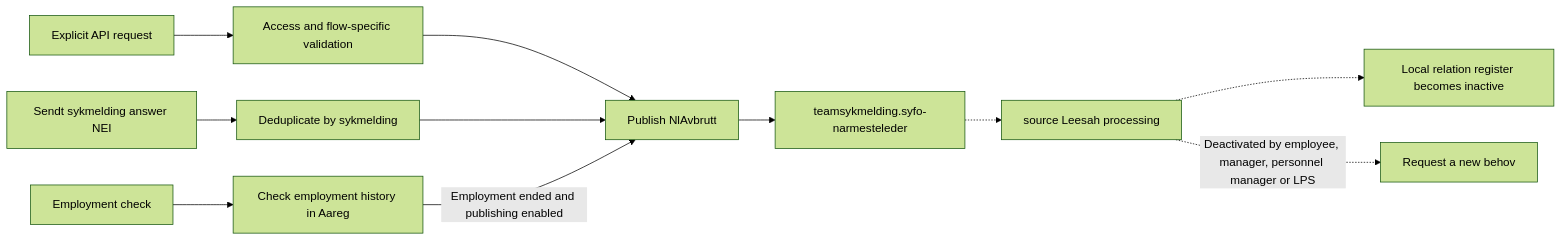
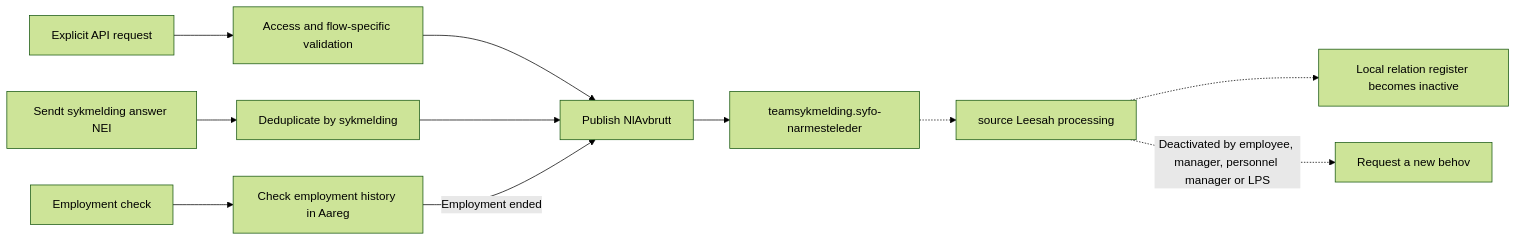
The fifth of 10 diagrams in docs/data-flow.md (navikt/esyfo-narmesteleder), drawn with Mermaid (forest theme) before and after one commit. The commit also changed other lines of this file and 39 other files, not shown here.

````diff
--- a/docs/data-flow.md
+++ b/docs/data-flow.md
@@ -256,19 +256,19 @@
 ```mermaid
 flowchart LR
     explicit[Explicit API request]
     answer[Sendt sykmelding answer NEI]
     employment[Employment check]
 
     explicit --> authorize[Access and flow-specific validation]
     answer --> deduplicate[Deduplicate by sykmelding]
     employment --> aareg[Check employment history in Aareg]
 
     authorize --> publish[Publish NlAvbrutt]
     deduplicate --> publish
-    aareg -->|Employment ended and publishing enabled| publish
+    aareg -->|Employment ended| publish
 
     publish --> command[teamsykmelding.syfo-narmesteleder]
     command -.-> source[source Leesah processing]
     source -.-> register[Local relation register becomes inactive]
     source -.->|Deactivated by employee, manager, personnel manager or LPS| behov[Request a new behov]
 ```
````
